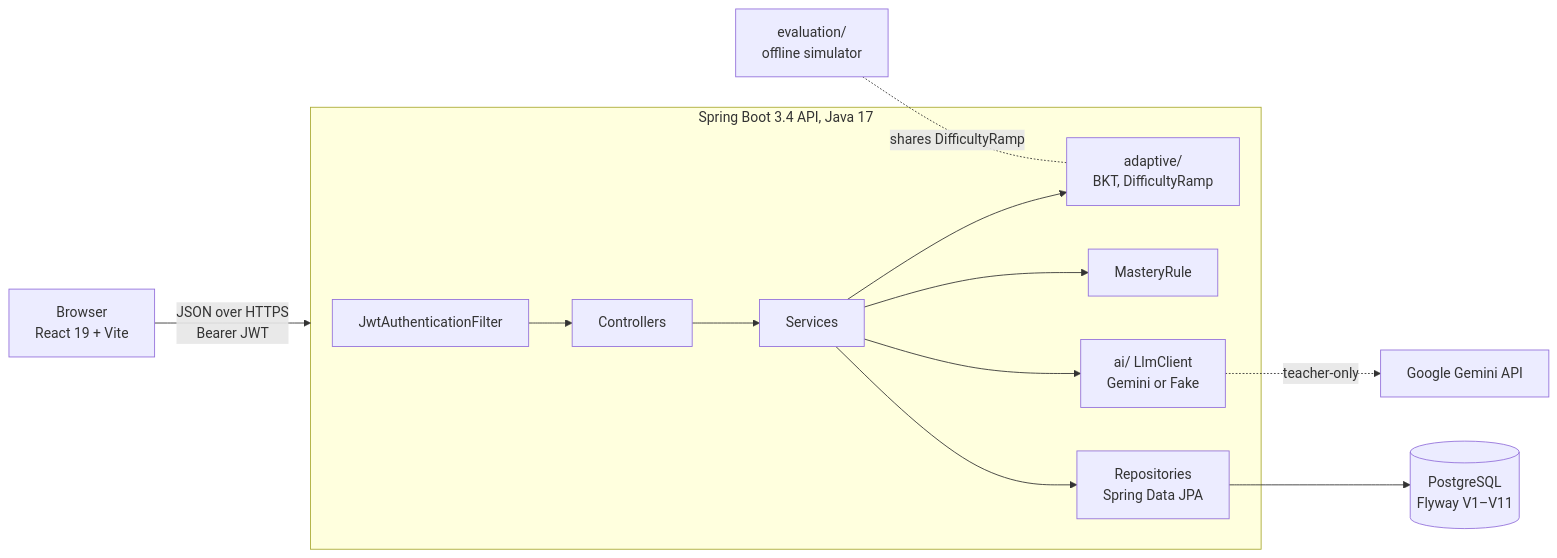
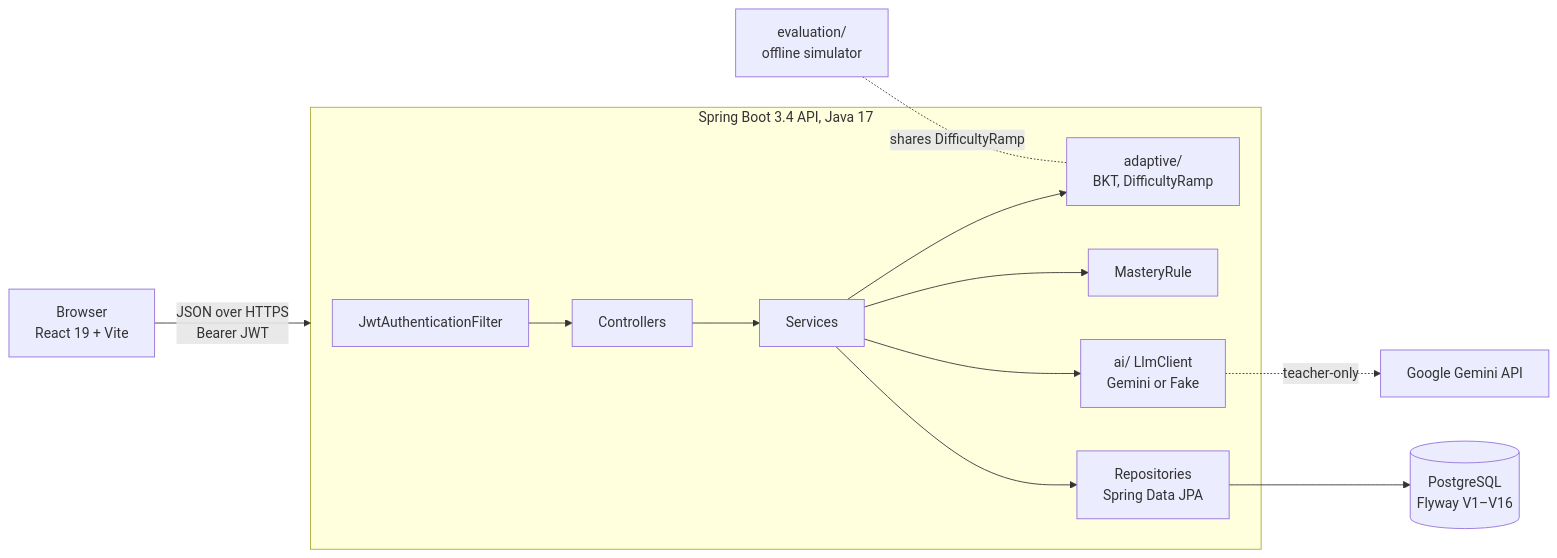
One commit to dheemant-k/Neuro-Learn-v2 changed the first of 2 diagrams in docs/PROJECT_GUIDE.md. Above: the diagram before and after it, drawn with Mermaid. The commit also changed other lines of this file and 7 other files, not shown here.

````diff
--- a/docs/PROJECT_GUIDE.md
+++ b/docs/PROJECT_GUIDE.md
@@ -50,15 +50,15 @@
 ```mermaid
 flowchart LR
   B[Browser<br/>React 19 + Vite] -- "JSON over HTTPS<br/>Bearer JWT" --> API
   subgraph API[Spring Boot 3.4 API, Java 17]
     F[JwtAuthenticationFilter] --> C[Controllers]
     C --> S[Services]
     S --> A[adaptive/<br/>BKT, DifficultyRamp]
     S --> M[MasteryRule]
     S --> L[ai/ LlmClient<br/>Gemini or Fake]
     S --> R[Repositories<br/>Spring Data JPA]
   end
-  R --> DB[(PostgreSQL<br/>Flyway V1–V11)]
+  R --> DB[(PostgreSQL<br/>Flyway V1–V16)]
   L -. teacher-only .-> G[Google Gemini API]
   E[evaluation/<br/>offline simulator] -. shares DifficultyRamp .- A
 ```
````
